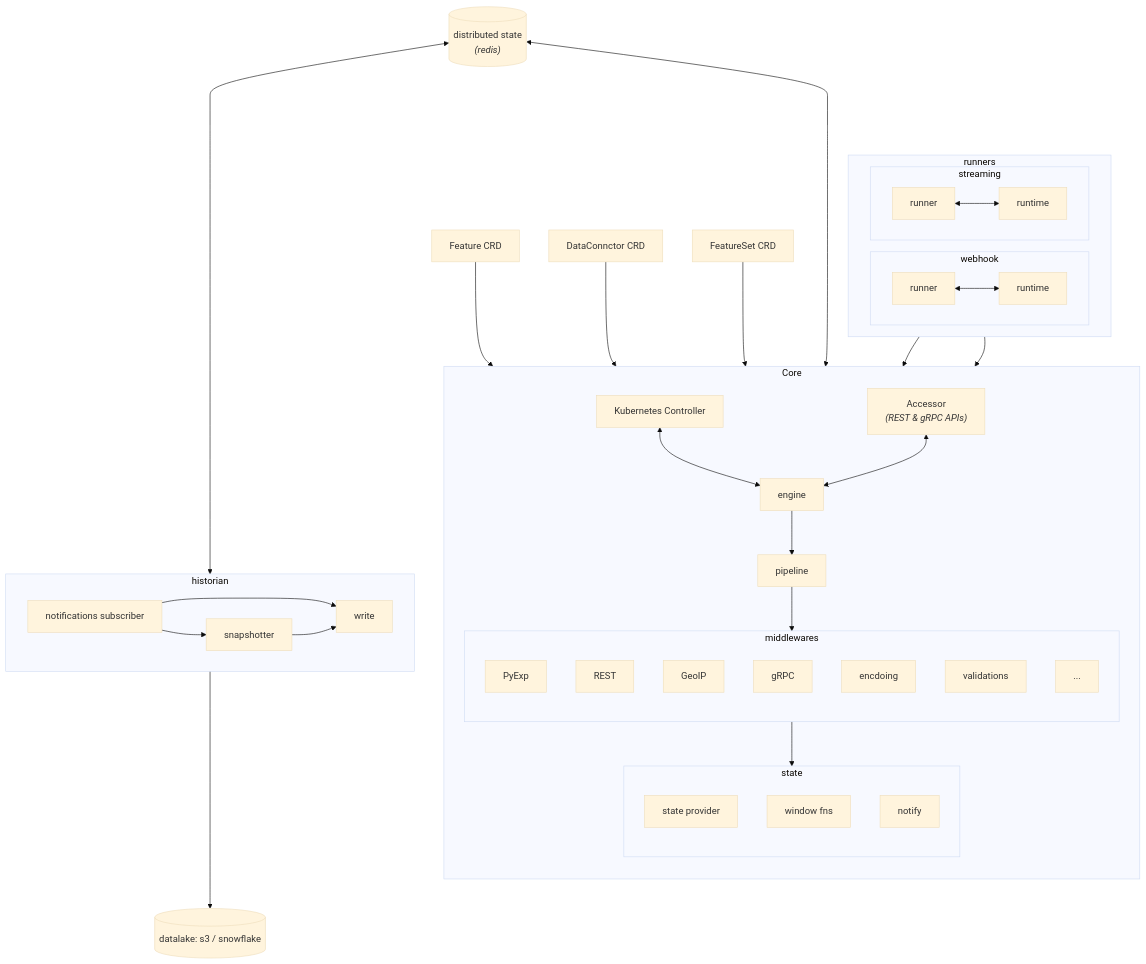
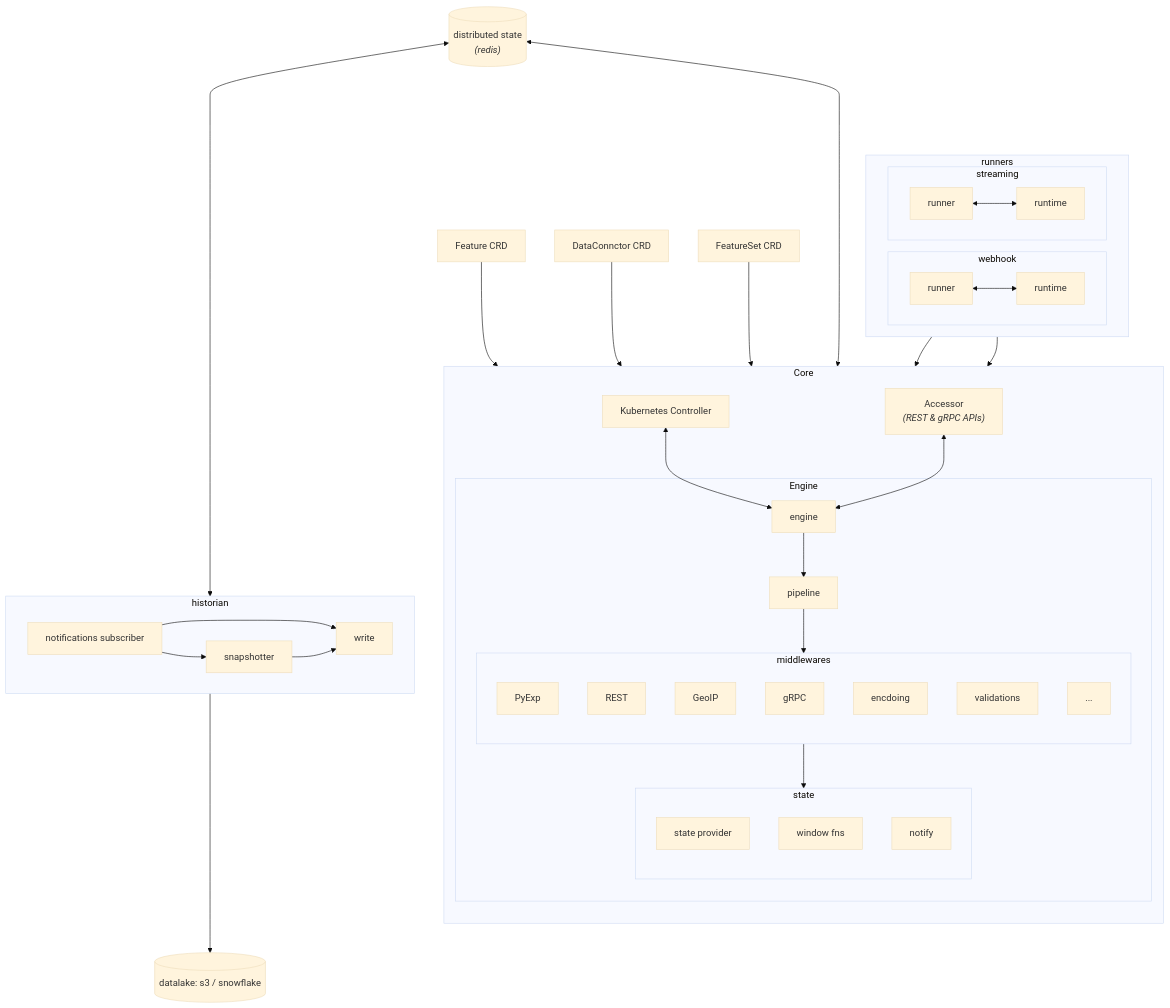
Before and after one commit to raptor-ml/docs: the first of 2 diagrams in docs/reference/spec.md, drawn with Mermaid (base theme).

Commit message:
book: update spec: high-level arch diagram

````diff
--- a/docs/reference/spec.md
+++ b/docs/reference/spec.md
@@ -9,50 +9,52 @@
 ```mermaid
 flowchart
     subgraph Core
         direction TB
         engine --> pipeline
         ctrl[Kubernetes Controller] & acc["Accessor<br><i>(REST & gRPC APIs)</i>"] <--> engine
+        subgraph Engine
+            engine
+            pipeline --> middlewares --> state
+            
+            subgraph state
+            direction TB
+                p[state provider]
+                win[window fns]
+                notify
+            end
 
-        pipeline --> middlewares --> state
-        
-        subgraph state
-        direction TB
-            p[state provider]
-            win[window fns]
-            notify
-        end
-
-        subgraph middlewares
-            direction TB
-            PyExp
-            REST
-            GeoIP
-            gRPC
-            encdoing
-            validations
-            ...
+            subgraph middlewares
+                direction TB
+                PyExp
+                REST
+                GeoIP
+                gRPC
+                encdoing
+                validations
+                ...
+            end
         end
     end
 
     redis[("distributed state <br><i>(redis)</i>")] <-----> state & sub
     ft[Feature CRD] --> ctrl
     dconn[DataConnctor CRD] --> ctrl
     fs[FeatureSet CRD] --> ctrl
 
     subgraph runners
         direction LR
         subgraph webhook
             wh[runner] <--> r[runtime] --> acc
         end
         subgraph streaming
             st[runner] <--> r2[runtime] --> acc
         end
     end
     subgraph historian
         direction LR
         sub[notifications subscriber] --> snapshotter & write
         snapshotter --> write
     end
 
     write --> dw[(datalake: s3 / snowflake)]
 ```
````
